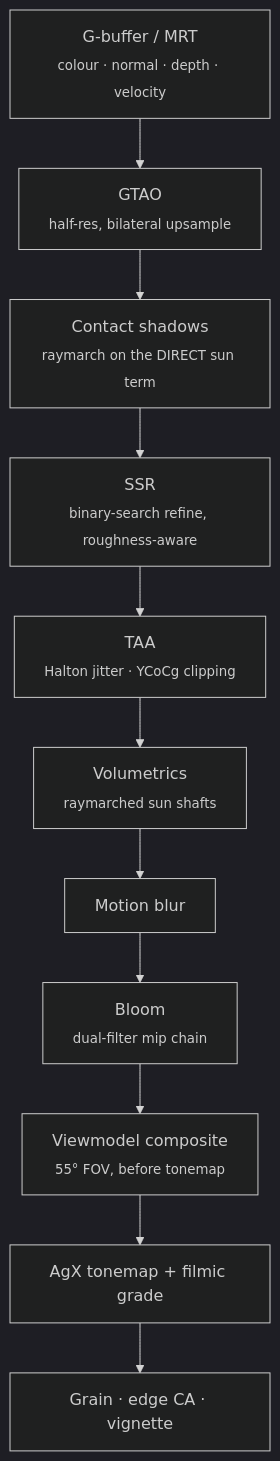
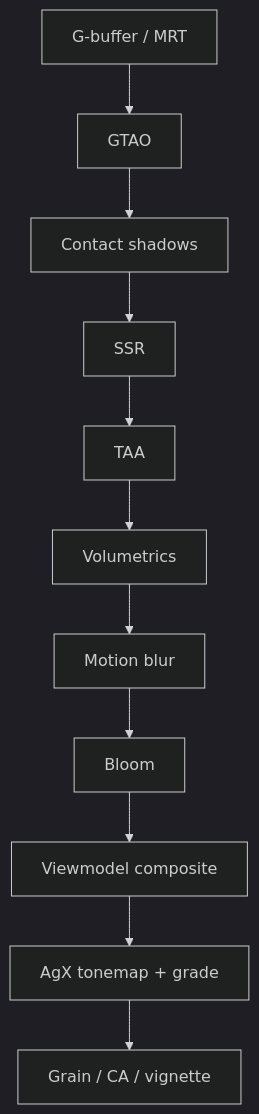
Before and after one commit to rushindrasinha/operation-blackout: the second of 3 diagrams in README.md, drawn with Mermaid (dark theme). The commit also changed other lines of this file, not shown here.

First line of the commit message:
Fix clipped Mermaid node labels

````diff
--- a/README.md
+++ b/README.md
@@ -205,12 +205,8 @@
 ```mermaid
 flowchart TD
-    G["G-buffer / MRT<br/><sub>colour · normal · depth · velocity</sub>"] --> AO["GTAO<br/><sub>half-res, bilateral upsample</sub>"]
-    AO --> CS["Contact shadows<br/><sub>raymarch on the DIRECT sun term</sub>"]
-    CS --> SSR["SSR<br/><sub>binary-search refine, roughness-aware</sub>"]
-    SSR --> TAA["TAA<br/><sub>Halton jitter · YCoCg clipping</sub>"]
-    TAA --> VOL["Volumetrics<br/><sub>raymarched sun shafts</sub>"]
-    VOL --> MB["Motion blur"] --> BL["Bloom<br/><sub>dual-filter mip chain</sub>"]
-    BL --> VM["Viewmodel composite<br/><sub>55° FOV, before tonemap</sub>"]
-    VM --> TM["AgX tonemap + filmic grade"]
-    TM --> FIN["Grain · edge CA · vignette"]
+    G["G-buffer / MRT"] --> AO["GTAO"] --> CS["Contact shadows"]
+    CS --> SSR["SSR"] --> TAA["TAA"] --> VOL["Volumetrics"]
+    VOL --> MB["Motion blur"] --> BL["Bloom"]
+    BL --> VM["Viewmodel composite"] --> TM["AgX tonemap + grade"]
+    TM --> FIN["Grain / CA / vignette"]
 ```
````
